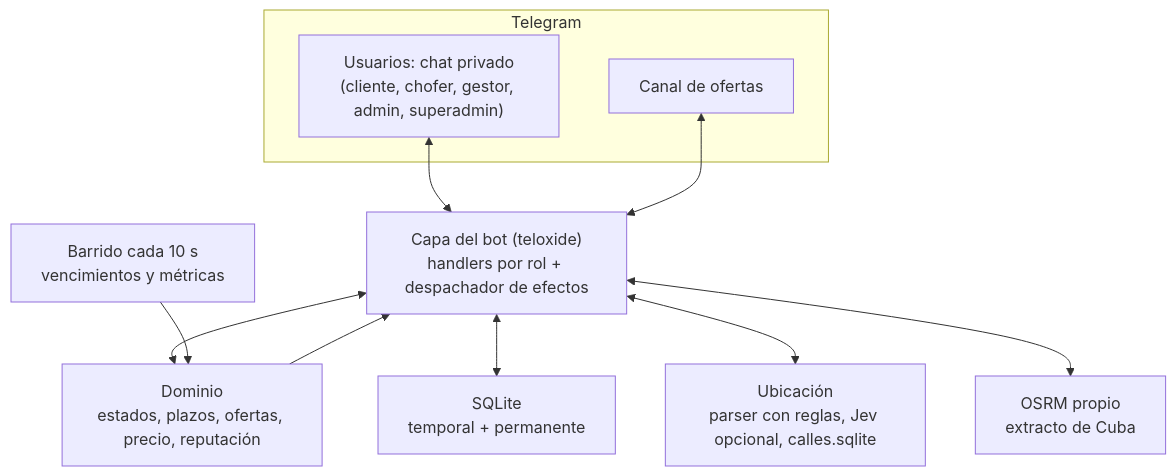
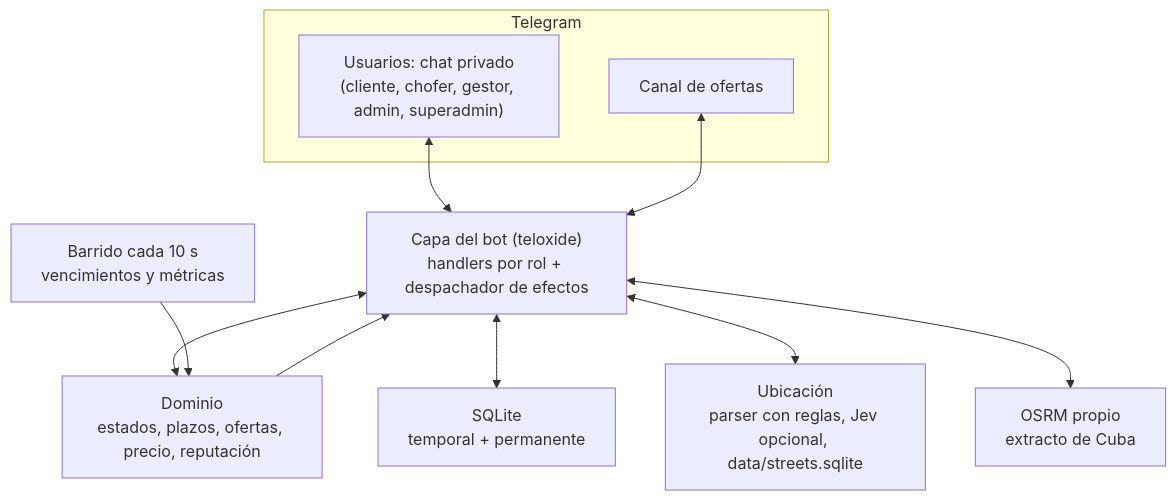
Before and after one commit to Forte11Cuba/aserevoy: the third of 3 diagrams in docs/diseno.md, drawn with Mermaid. The commit also changed other lines of this file and 11 other files, not shown here.

````diff
--- a/docs/diseno.md
+++ b/docs/diseno.md
@@ -305,15 +305,15 @@
 ```mermaid
 flowchart TD
   subgraph Telegram
     U["Usuarios: chat privado<br/>(cliente, chofer, gestor, admin, superadmin)"]
     C["Canal de ofertas"]
   end
   U <--> B["Capa del bot (teloxide)<br/>handlers por rol + despachador de efectos"]
   C <--> B
   B <--> L["Dominio<br/>estados, plazos, ofertas, precio, reputación"]
   L --> B
   B <--> DB["SQLite<br/>temporal + permanente"]
   W["Barrido cada 10 s<br/>vencimientos y métricas"] --> L
-  B <--> UB["Ubicación<br/>parser con reglas, Jev opcional, calles.sqlite"]
+  B <--> UB["Ubicación<br/>parser con reglas, Jev opcional, data/streets.sqlite"]
   B <--> R["OSRM propio<br/>extracto de Cuba"]
 ```
````
